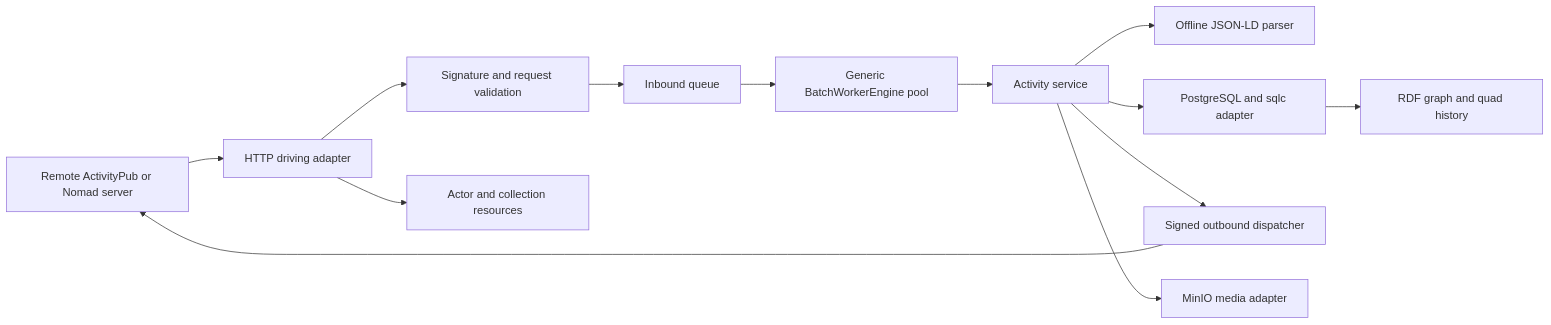
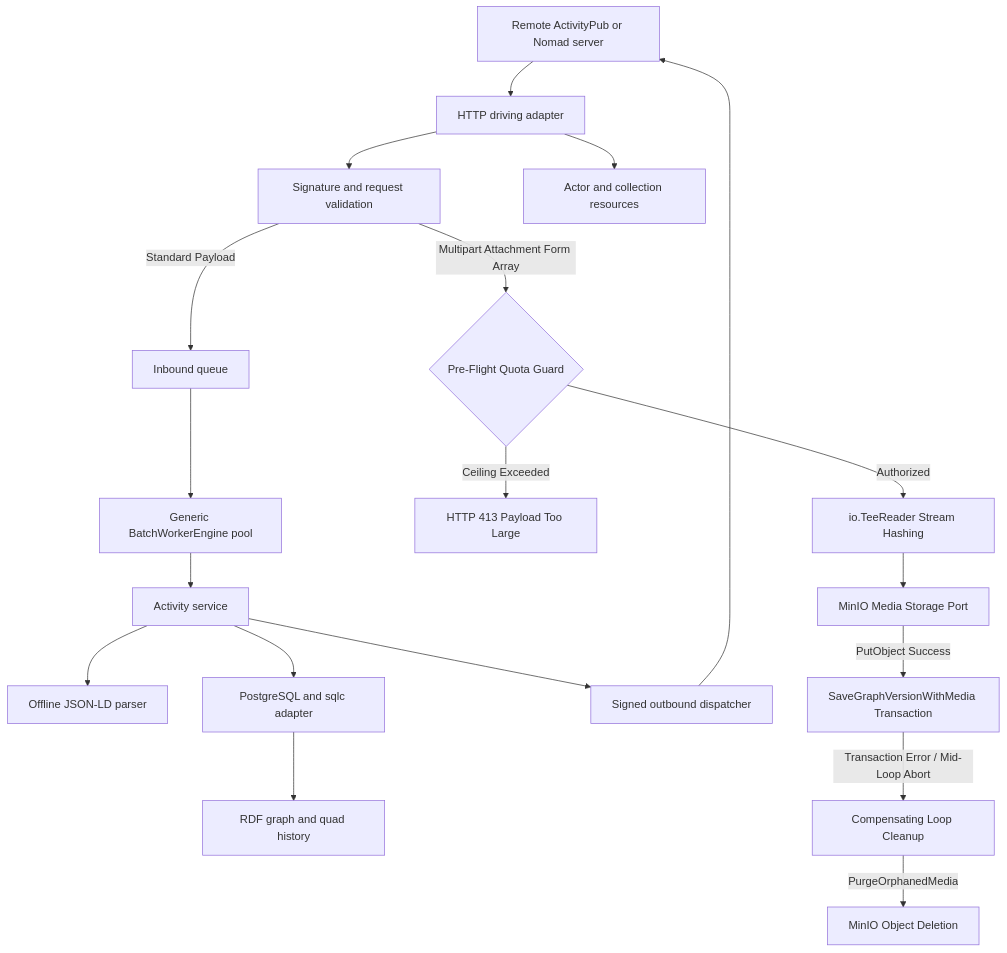
Before and after one commit to sprezz-net/sprezz: the first of 3 diagrams in docs/architecture_blueprint.md, drawn with Mermaid. The commit also changed other lines of this file, not shown here.

````diff
--- a/docs/architecture_blueprint.md
+++ b/docs/architecture_blueprint.md
@@ -23,15 +23,28 @@
 ```mermaid
-flowchart LR
+flowchart TD
     Remote[Remote ActivityPub or Nomad server] --> HTTP[HTTP driving adapter]
     HTTP --> Verify[Signature and request validation]
-    Verify --> Queue[Inbound queue]
+
+    %% Standard Path
+    Verify -->|Standard Payload| Queue[Inbound queue]
     Queue --> Worker[Generic BatchWorkerEngine pool]
     Worker --> Service[Activity service]
     Service --> Parser[Offline JSON-LD parser]
     Service --> Store[PostgreSQL and sqlc adapter]
     Store --> Graph[RDF graph and quad history]
-    HTTP --> Collections[Actor and collection resources]
     Service --> Outbound[Signed outbound dispatcher]
     Outbound --> Remote
-    Service --> Media[MinIO media adapter]
+
+    %% Multipart Upload Loop Path
+    Verify -->|Multipart Attachment Form Array| QuotaGuard{Pre-Flight Quota Guard}
+    QuotaGuard -->|Ceiling Exceeded| Fail413[HTTP 413 Payload Too Large]
+    QuotaGuard -->|Authorized| TeeStream[io.TeeReader Stream Hashing]
+    TeeStream --> MediaPort[MinIO Media Storage Port]
+    MediaPort -->|PutObject Success| AtomicDB[SaveGraphVersionWithMedia Transaction]
+
+    %% Rollback Branch
+    AtomicDB -->|Transaction Error / Mid-Loop Abort| Rollback[Compensating Loop Cleanup]
+    Rollback -->|PurgeOrphanedMedia| DeleteMedia[MinIO Object Deletion]
+
+    HTTP --> Collections[Actor and collection resources]
 ```
````
